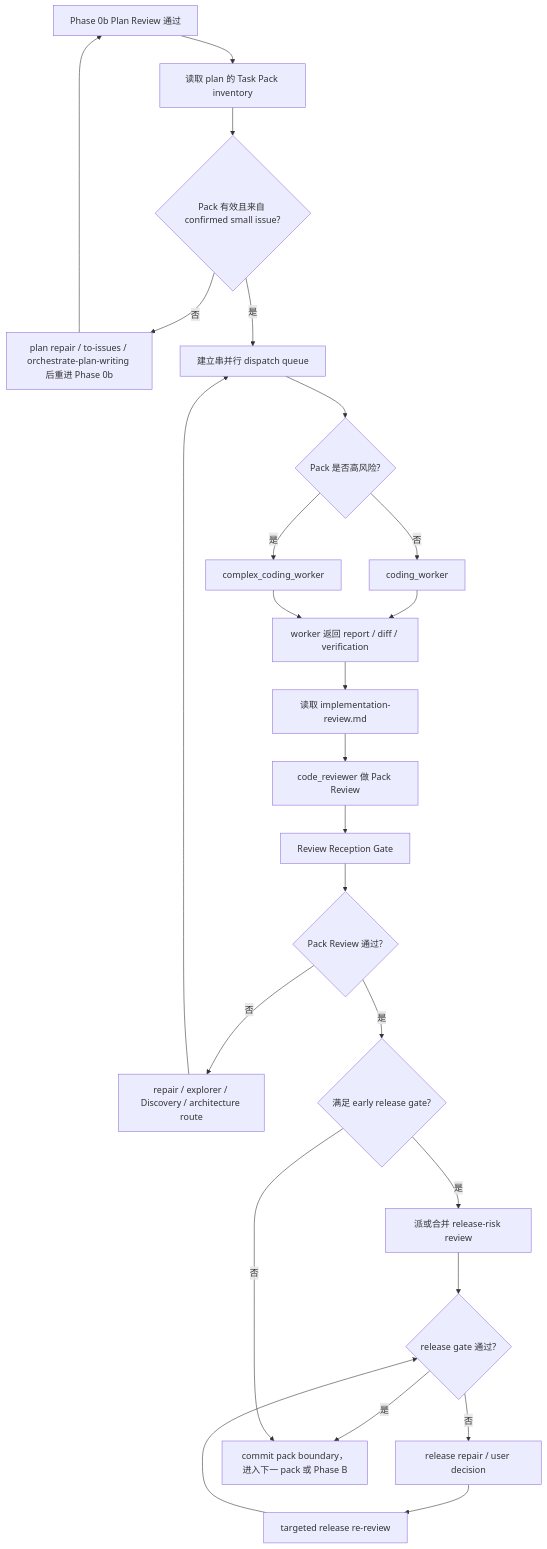
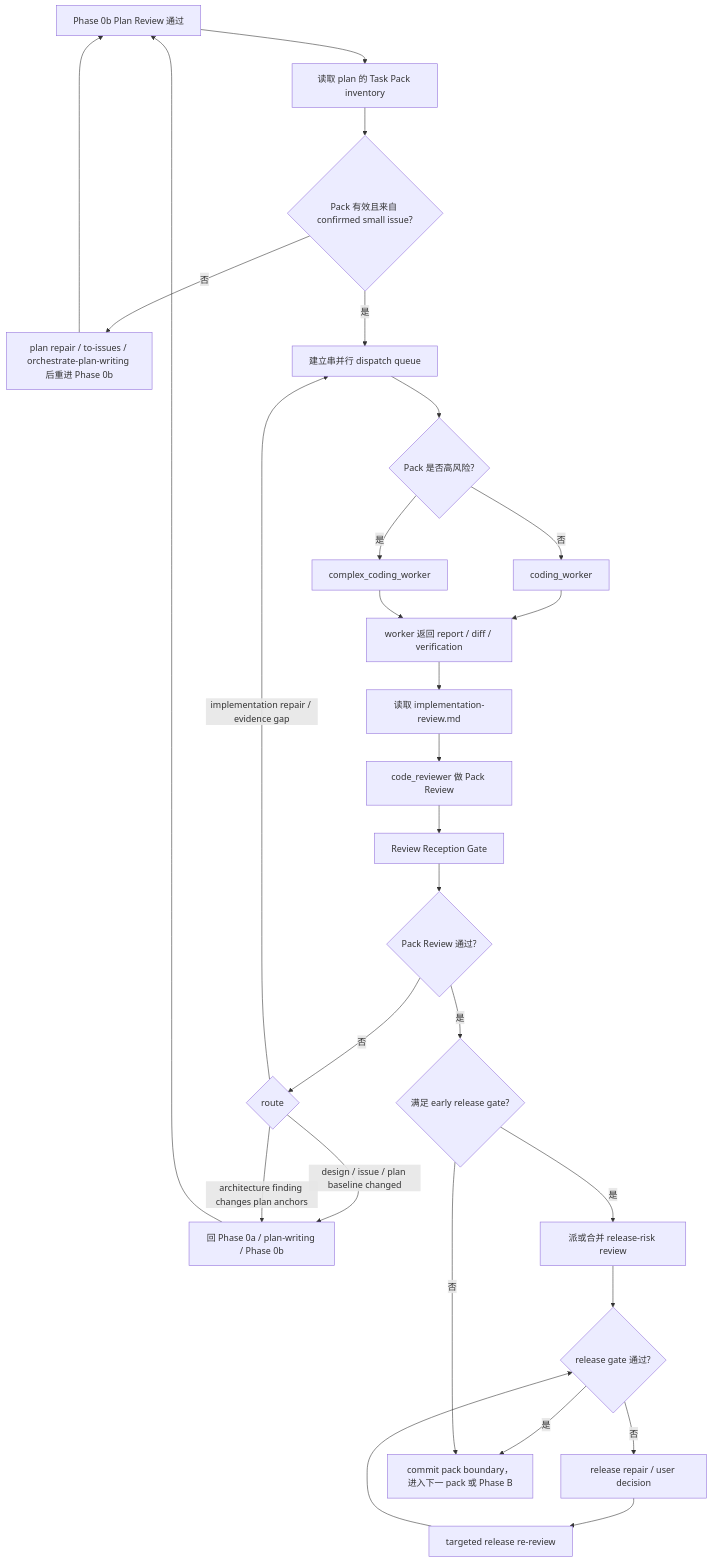
The diagram in .agents/skills/orchestrate-workflow/references/dispatch-contract.md (chancheuklap/multi-model-workflow), drawn with Mermaid before and after one commit. The commit also changed other lines of this file and 7 other files, not shown here.

````diff
--- a/.agents/skills/orchestrate-workflow/references/dispatch-contract.md
+++ b/.agents/skills/orchestrate-workflow/references/dispatch-contract.md
@@ -73,27 +88,30 @@
 ```mermaid
 flowchart TD
     A["Phase 0b Plan Review 通过"] --> B["读取 plan 的 Task Pack inventory"]
     B --> C{"Pack 有效且来自 confirmed small issue?"}
     C -->|否| D["plan repair / to-issues / orchestrate-plan-writing 后重进 Phase 0b"]
     D --> A
     C -->|是| E["建立串并行 dispatch queue"]
     E --> F{"Pack 是否高风险?"}
     F -->|否| G["coding_worker"]
     F -->|是| H["complex_coding_worker"]
     G --> I["worker 返回 report / diff / verification"]
     H --> I
     I --> J["读取 implementation-review.md"]
     J --> K["code_reviewer 做 Pack Review"]
     K --> L["Review Reception Gate"]
     L --> M{"Pack Review 通过?"}
-    M -->|否| N["repair / explorer / Discovery / architecture route"]
-    N --> E
+    M -->|否| N{"route"}
+    N -->|implementation repair / evidence gap| E
+    N -->|design / issue / plan baseline changed| U["回 Phase 0a / plan-writing / Phase 0b"]
+    U --> A
+    N -->|architecture finding changes plan anchors| U
     M -->|是| O{"满足 early release gate?"}
     O -->|是| P["派或合并 release-risk review"]
     P --> Q{"release gate 通过?"}
     Q -->|否| R["release repair / user decision"]
     R --> S["targeted release re-review"]
     S --> Q
     Q -->|是| T["commit pack boundary，进入下一 pack 或 Phase B"]
     O -->|否| T
 ```
````
